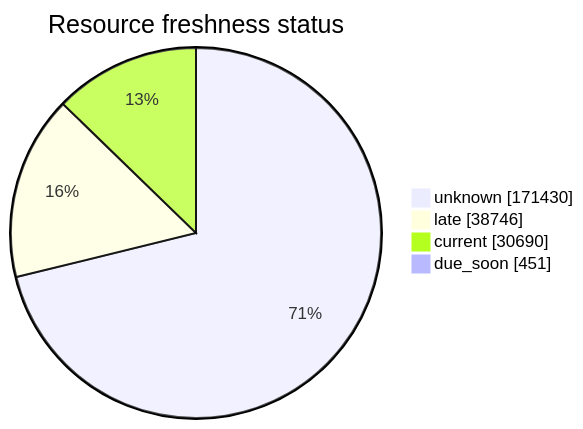
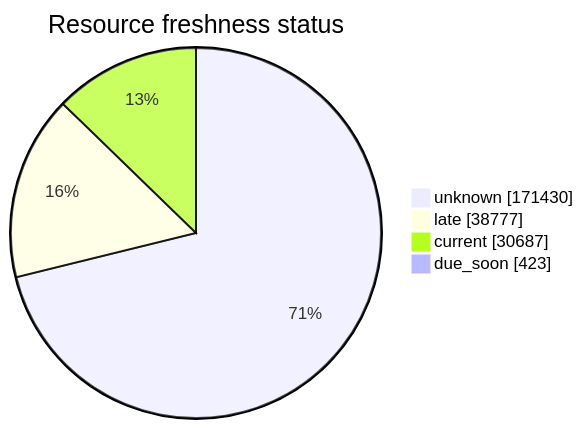
One commit to open-data/analytics-corporate-reporting changed the third of 5 diagrams in FreshCheck/README.md. Above: the diagram before and after it, drawn with Mermaid. The commit also changed other lines of this file and 3 other files, not shown here.

````diff
--- a/FreshCheck/README.md
+++ b/FreshCheck/README.md
@@ -77,7 +77,7 @@
 ```mermaid
 pie showData title Resource freshness status
     "unknown": 171430
-    "late": 38746
-    "current": 30690
-    "due_soon": 451
+    "late": 38777
+    "current": 30687
+    "due_soon": 423
 ```
````
